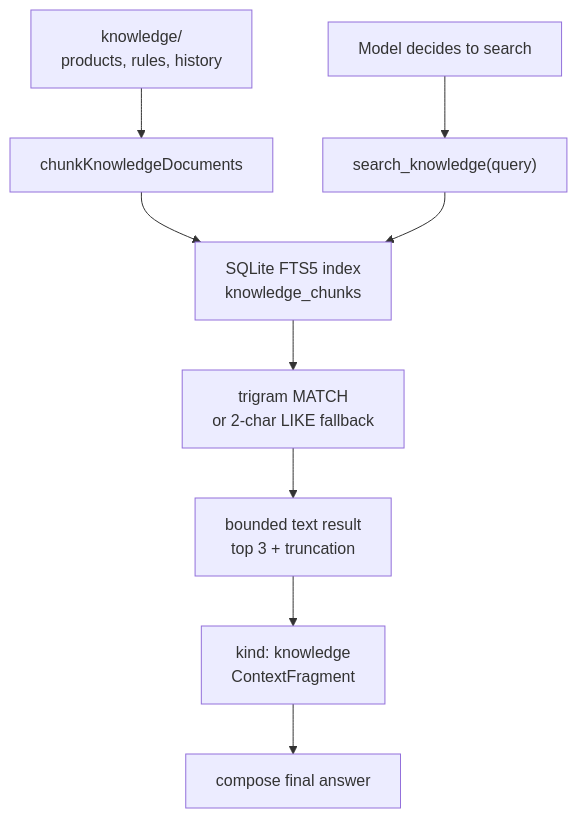
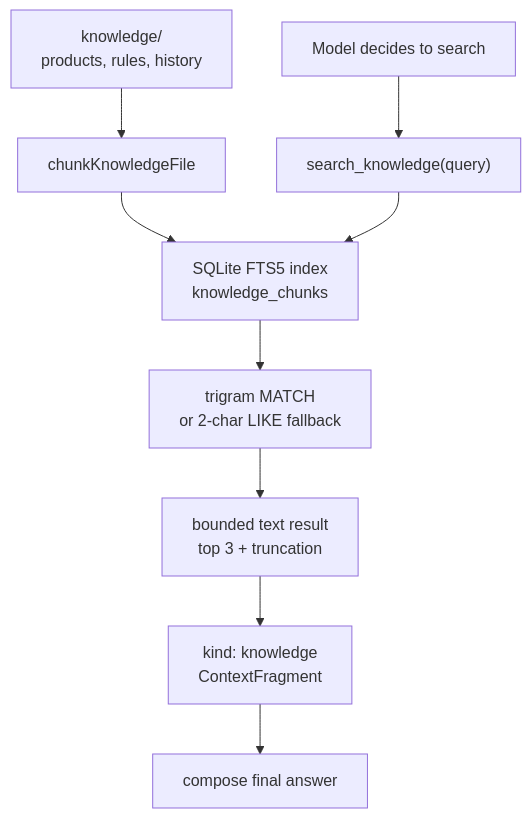
Before and after one commit to ImWenyaoT/chatty: the fourth of 6 diagrams in docs/current-architecture.md, drawn with Mermaid. The commit also changed other lines of this file and 4 other files, not shown here.

First line of the commit message:
docs: fix stale references and dedup the harness spine diagram

````diff
--- a/docs/current-architecture.md
+++ b/docs/current-architecture.md
@@ -195,11 +184,11 @@
 ```mermaid
 flowchart TD
-  Corpus["knowledge/<br/>products, rules, history"] --> Chunker["chunkKnowledgeDocuments"]
+  Corpus["knowledge/<br/>products, rules, history"] --> Chunker["chunkKnowledgeFile"]
   Chunker --> Index["SQLite FTS5 index<br/>knowledge_chunks"]
   Query["Model decides to search"] --> SearchTool["search_knowledge(query)"]
   SearchTool --> Index
   Index --> Match["trigram MATCH<br/>or 2-char LIKE fallback"]
   Match --> Format["bounded text result<br/>top 3 + truncation"]
   Format --> Fragment["kind: knowledge<br/>ContextFragment"]
   Fragment --> Compose["compose final answer"]
 ```
````
